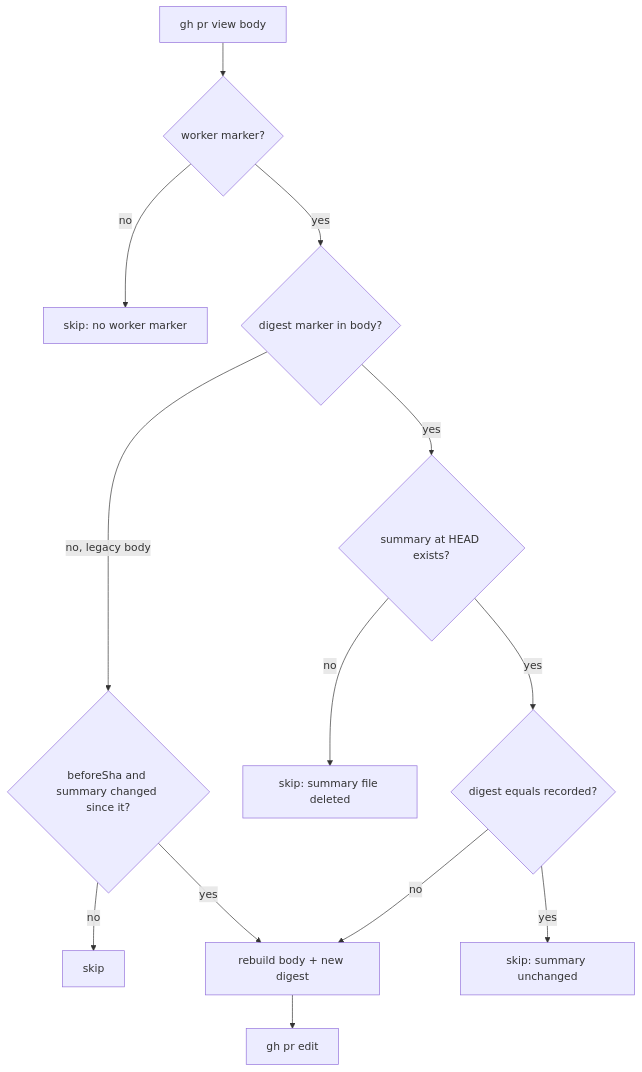
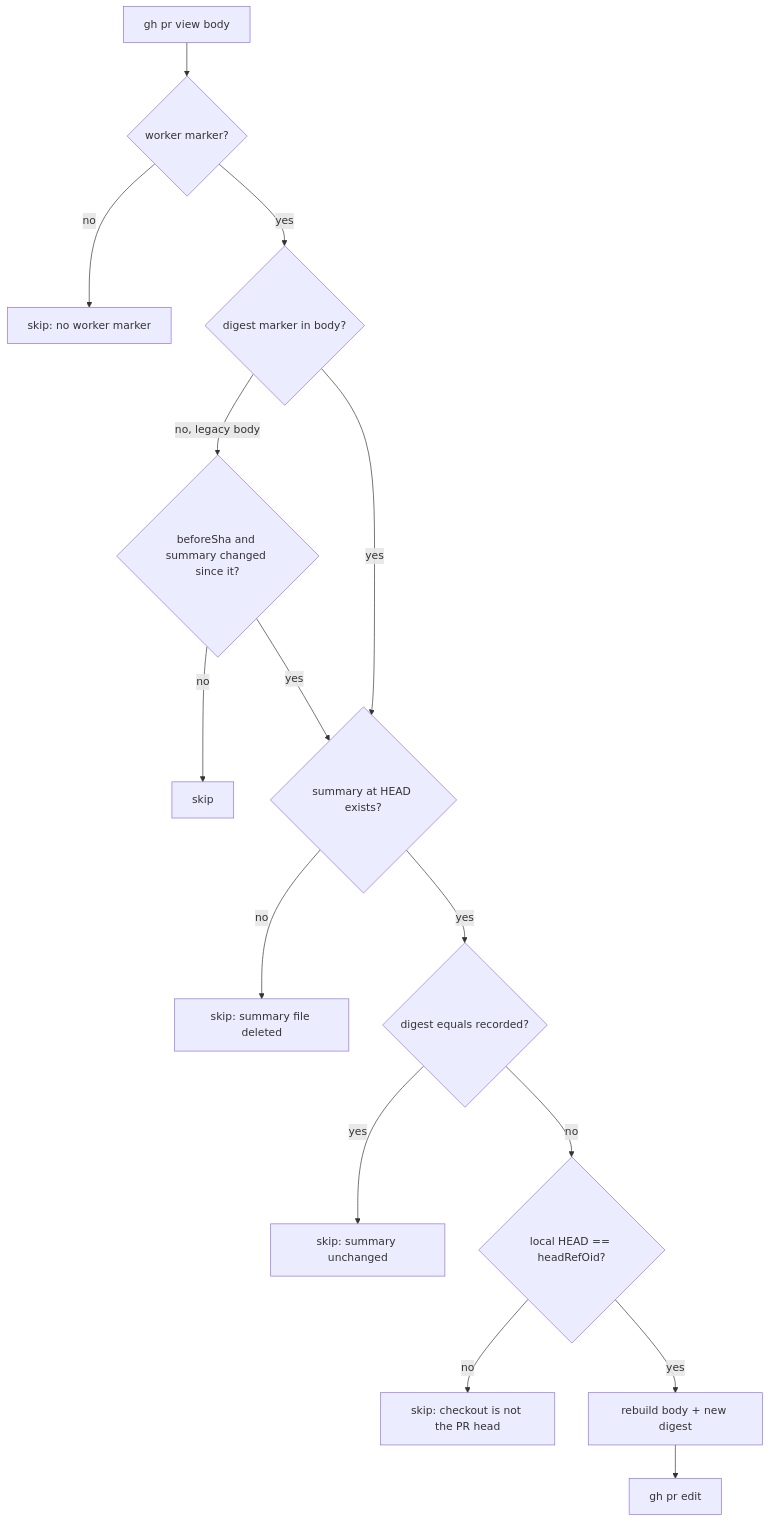
Before and after one commit to stSoftwareAU/VibeCoder: the diagram in docs/archive/pr-summaries/pr-summary-3315.md, drawn with Mermaid. The commit also changed other lines of this file and 3 other files, not shown here.

````diff
--- a/docs/archive/pr-summaries/pr-summary-3315.md
+++ b/docs/archive/pr-summaries/pr-summary-3315.md
@@ -35,15 +38,17 @@
 ```mermaid
 flowchart TD
     V[gh pr view body] --> M{worker marker?}
     M -- no --> S0[skip: no worker marker]
     M -- yes --> D{digest marker in body?}
     D -- no, legacy body --> L{beforeSha and summary changed since it?}
     L -- no --> S1[skip]
-    L -- yes --> B[rebuild body + new digest]
-    D -- yes --> R{summary at HEAD exists?}
+    L -- yes --> R{summary at HEAD exists?}
+    D -- yes --> R
     R -- no --> S2[skip: summary file deleted]
     R -- yes --> C{digest equals recorded?}
     C -- yes --> S3[skip: summary unchanged]
-    C -- no --> B
+    C -- no --> H{local HEAD == headRefOid?}
+    H -- no --> S4[skip: checkout is not the PR head]
+    H -- yes --> B[rebuild body + new digest]
     B --> E[gh pr edit]
 ```
````
